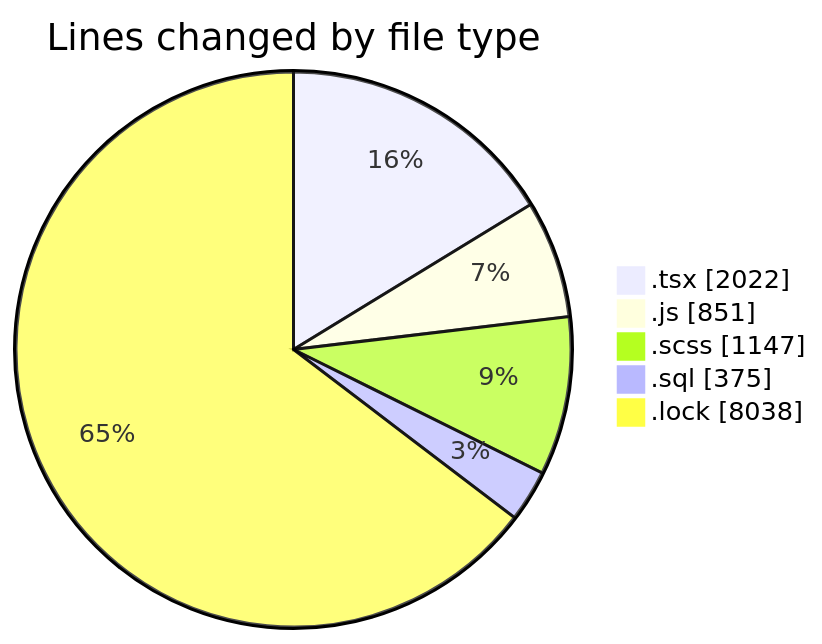
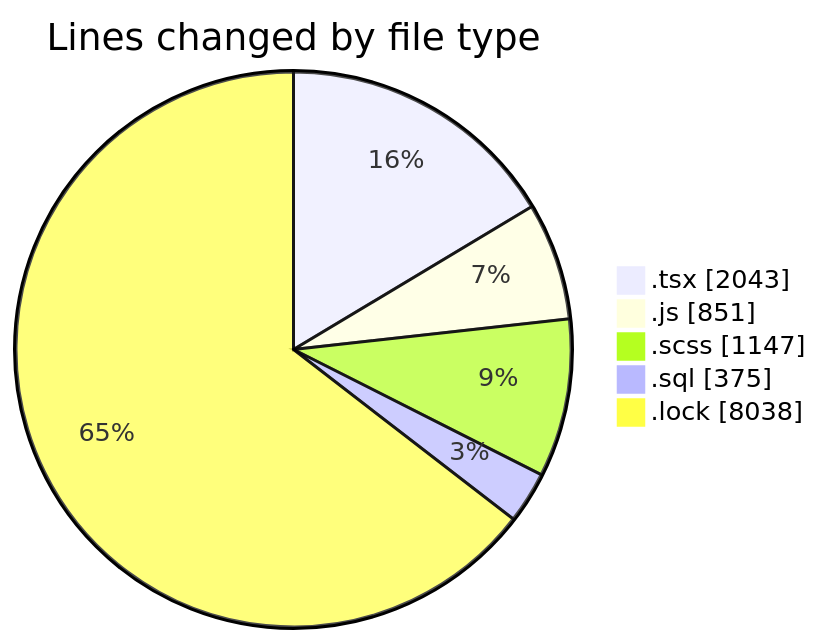
The first of 2 diagrams in 2025-03-18/cda/README.md (momahboobian/code-tracking), drawn with Mermaid before and after one commit. The commit also changed other lines of this file and 1 other file, not shown here.

````diff
--- a/2025-03-18/cda/README.md
+++ b/2025-03-18/cda/README.md
@@ -34,9 +34,9 @@
 ```mermaid
 pie showData
 title Lines changed by file type
-".tsx" : 2022
+".tsx" : 2043
 ".js" : 851
 ".scss" : 1147
 ".sql" : 375
 ".lock" : 8038
 ```
````
